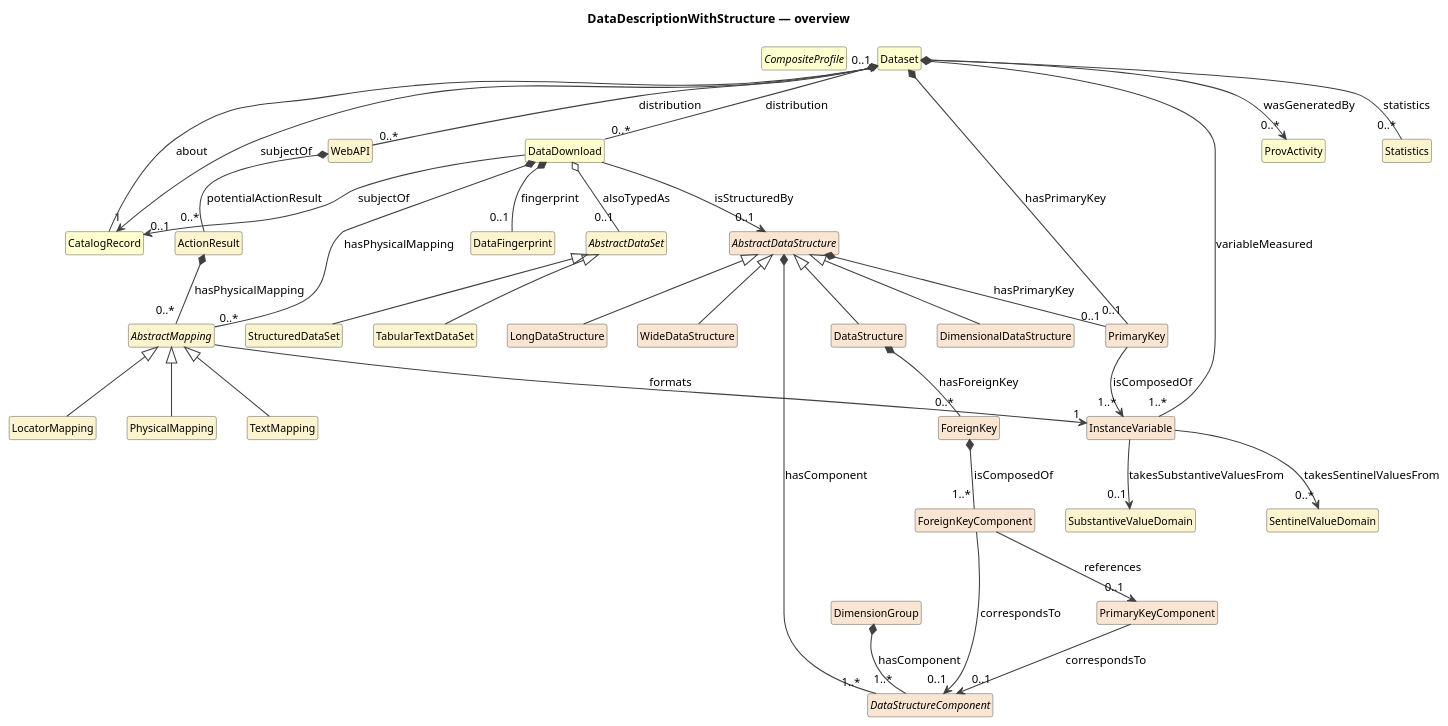
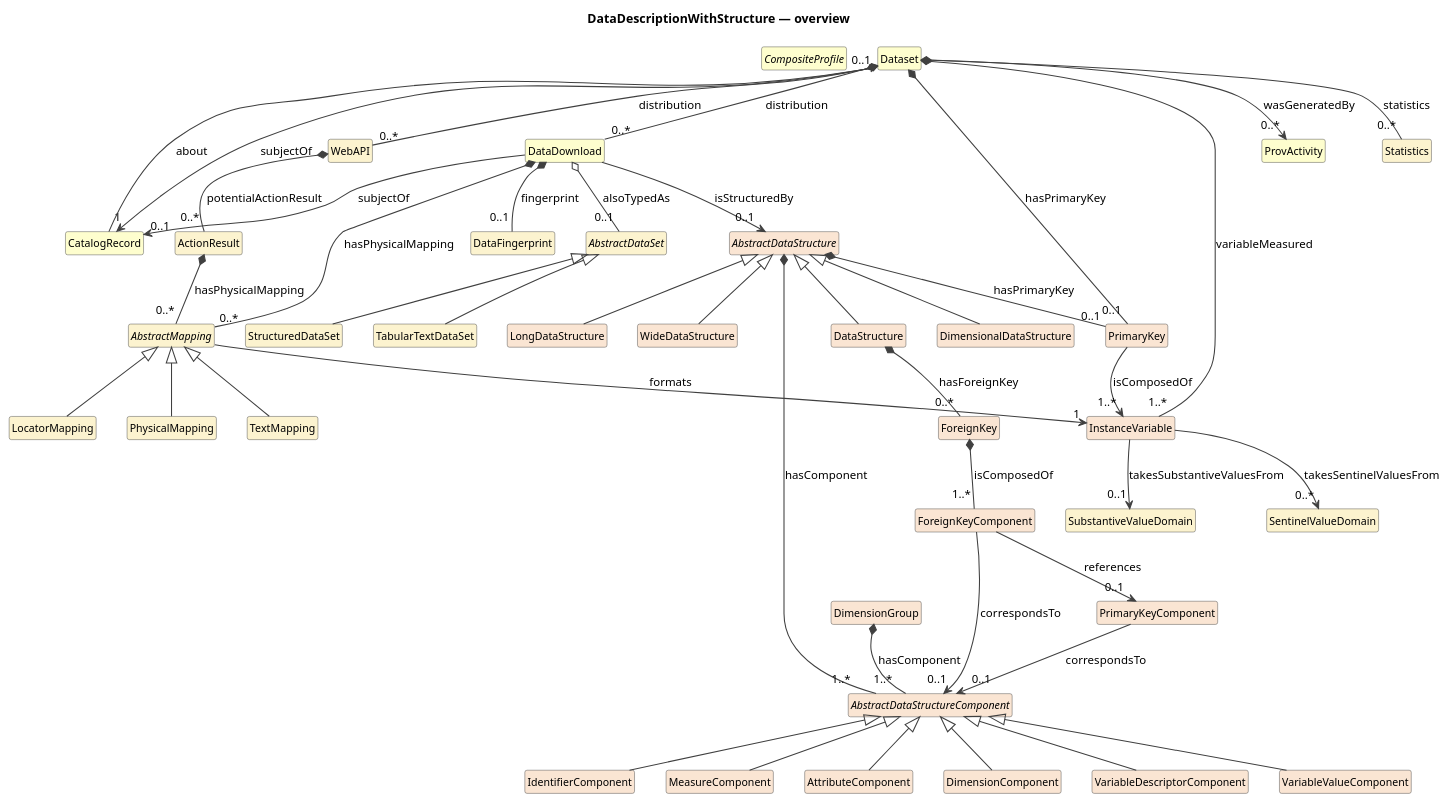
The diagram in cdif-uml-model/_plantuml/dataDescriptionWithStructure/index.local.pu (Cross-Domain-Interoperability-Framework/metadataBuildingBlocks), drawn with PlantUML before and after one commit. The commit also changed 145 other files, not shown here.

First line of the commit message:
cdif-uml-model: regen for AbstractDataStructureComponent + 6 subtypes

```diff
--- a/cdif-uml-model/_plantuml/dataDescriptionWithStructure/index.local.pu
+++ b/cdif-uml-model/_plantuml/dataDescriptionWithStructure/index.local.pu
@@ -1,80 +1,92 @@
 @startuml
 title DataDescriptionWithStructure — overview
 hide circle
 hide empty members
 skinparam shadowing false
 skinparam ArrowThickness 1.2
 skinparam class {
   ArrowColor #404040
   BorderColor #404040
   FontSize 12
 }
 
 abstract class "CompositeProfile" as CompositeProfile #FEFECE
 class "Dataset" as Dataset #FEFECE
 class "DataDownload" as DataDownload #FEFECE
 class "WebAPI" as WebAPI #FCF3CF
 class "ActionResult" as ActionResult #FCF3CF
 class "ProvActivity" as ProvActivity #FEFECE
 class "CatalogRecord" as CatalogRecord #FEFECE
 class "InstanceVariable" as InstanceVariable #FAE5D3
 abstract class "AbstractMapping" as AbstractMapping #FCF3CF
 class "PhysicalMapping" as PhysicalMapping #FCF3CF
 class "TextMapping" as TextMapping #FCF3CF
 class "LocatorMapping" as LocatorMapping #FCF3CF
 abstract class "AbstractDataSet" as AbstractDataSet #FCF3CF
 class "TabularTextDataSet" as TabularTextDataSet #FCF3CF
 class "StructuredDataSet" as StructuredDataSet #FCF3CF
 class "DataFingerprint" as DataFingerprint #FCF3CF
 class "PrimaryKey" as PrimaryKey #FAE5D3
 class "Statistics" as Statistics #FCF3CF
 class "SubstantiveValueDomain" as SubstantiveValueDomain #FCF3CF
 class "SentinelValueDomain" as SentinelValueDomain #FCF3CF
-abstract class "DataStructureComponent" as DataStructureComponent #FAE5D3
+abstract class "AbstractDataStructureComponent" as AbstractDataStructureComponent #FAE5D3
+class "IdentifierComponent" as IdentifierComponent #FAE5D3
+class "MeasureComponent" as MeasureComponent #FAE5D3
+class "AttributeComponent" as AttributeComponent #FAE5D3
+class "DimensionComponent" as DimensionComponent #FAE5D3
+class "VariableDescriptorComponent" as VariableDescriptorComponent #FAE5D3
+class "VariableValueComponent" as VariableValueComponent #FAE5D3
 abstract class "AbstractDataStructure" as AbstractDataStructure #FAE5D3
 class "DataStructure" as DataStructure #FAE5D3
 class "DimensionalDataStructure" as DimensionalDataStructure #FAE5D3
 class "LongDataStructure" as LongDataStructure #FAE5D3
 class "WideDataStructure" as WideDataStructure #FAE5D3
 class "DimensionGroup" as DimensionGroup #FAE5D3
 class "PrimaryKeyComponent" as PrimaryKeyComponent #FAE5D3
 class "ForeignKey" as ForeignKey #FAE5D3
 class "ForeignKeyComponent" as ForeignKeyComponent #FAE5D3
 AbstractMapping <|-- PhysicalMapping
 AbstractMapping <|-- TextMapping
 AbstractMapping <|-- LocatorMapping
 AbstractDataSet <|-- TabularTextDataSet
 AbstractDataSet <|-- StructuredDataSet
+AbstractDataStructureComponent <|-- IdentifierComponent
+AbstractDataStructureComponent <|-- MeasureComponent
+AbstractDataStructureComponent <|-- AttributeComponent
+AbstractDataStructureComponent <|-- DimensionComponent
+AbstractDataStructureComponent <|-- VariableDescriptorComponent
+AbstractDataStructureComponent <|-- VariableValueComponent
 AbstractDataStructure <|-- DataStructure
 AbstractDataStructure <|-- DimensionalDataStructure
 AbstractDataStructure <|-- LongDataStructure
 AbstractDataStructure <|-- WideDataStructure
 Dataset --> "0..*" ProvActivity : wasGeneratedBy
 Dataset --> "1" CatalogRecord : subjectOf
 Dataset *-- "1..*" InstanceVariable : variableMeasured
 Dataset *-- "0..1" PrimaryKey : hasPrimaryKey
 Dataset *-- "0..*" Statistics : statistics
 Dataset *-- "0..*" DataDownload : distribution
 Dataset *-- "0..*" WebAPI : distribution
 DataDownload *-- "0..*" AbstractMapping : hasPhysicalMapping
 DataDownload o-- "0..1" AbstractDataSet : alsoTypedAs
 DataDownload *-- "0..1" DataFingerprint : fingerprint
 DataDownload --> "0..1" CatalogRecord : subjectOf
 DataDownload --> "0..1" AbstractDataStructure : isStructuredBy
 WebAPI *-- "0..*" ActionResult : potentialActionResult
 ActionResult *-- "0..*" AbstractMapping : hasPhysicalMapping
 CatalogRecord --> "0..1" Dataset : about
 InstanceVariable --> "0..1" SubstantiveValueDomain : takesSubstantiveValuesFrom
 InstanceVariable --> "0..*" SentinelValueDomain : takesSentinelValuesFrom
 AbstractMapping --> "1" InstanceVariable : formats
 PrimaryKey --> "1..*" InstanceVariable : isComposedOf
-AbstractDataStructure *-- "1..*" DataStructureComponent : hasComponent
+AbstractDataStructure *-- "1..*" AbstractDataStructureComponent : hasComponent
 AbstractDataStructure *-- "0..1" PrimaryKey : hasPrimaryKey
 DataStructure *-- "0..*" ForeignKey : hasForeignKey
-DimensionGroup *-- "1..*" DataStructureComponent : hasComponent
-PrimaryKeyComponent --> "0..1" DataStructureComponent : correspondsTo
+DimensionGroup *-- "1..*" AbstractDataStructureComponent : hasComponent
+PrimaryKeyComponent --> "0..1" AbstractDataStructureComponent : correspondsTo
 ForeignKey *-- "1..*" ForeignKeyComponent : isComposedOf
 ForeignKeyComponent --> "0..1" PrimaryKeyComponent : references
-ForeignKeyComponent --> "0..1" DataStructureComponent : correspondsTo
+ForeignKeyComponent --> "0..1" AbstractDataStructureComponent : correspondsTo
 
 @enduml
```
